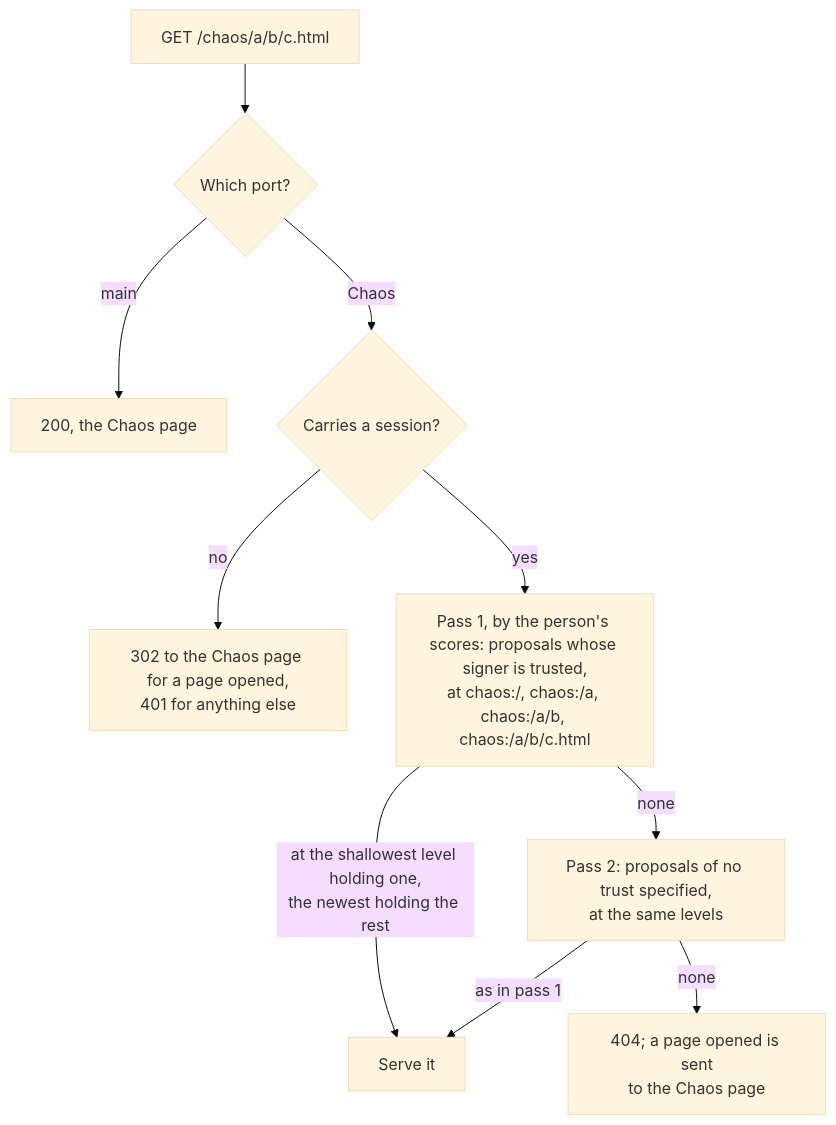
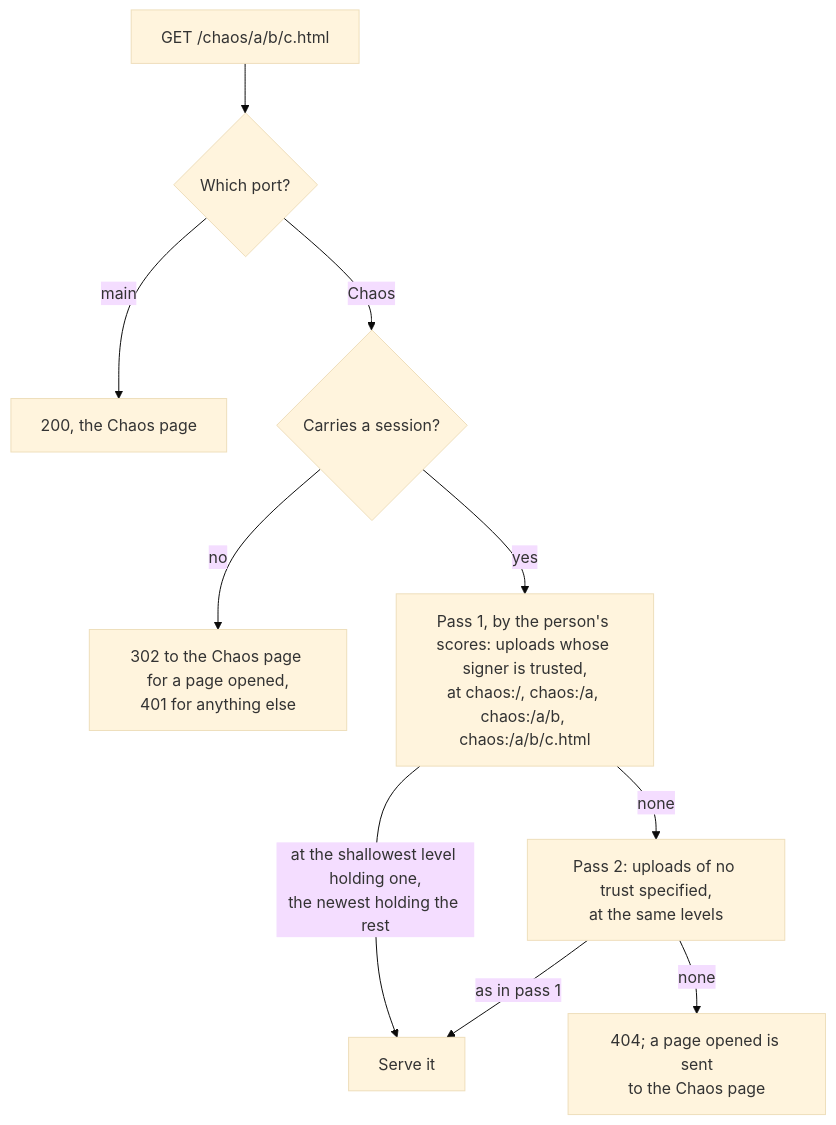
One commit to marcpage/libranet changed the diagram in docs/implementation/Phase 7.md. Above: the diagram before and after it, drawn with Mermaid (base theme). The commit also changed other lines of this file and 21 other files, not shown here.

First line of the commit message:
Rename Chaos "proposals" to "uploads" everywhere (#682) (#686)

````diff
--- a/docs/implementation/Phase 7.md
+++ b/docs/implementation/Phase 7.md
@@ -109,12 +109,12 @@
 ```mermaid
 flowchart TD
     req["GET /chaos/a/b/c.html"] --> port{"Which port?"}
     port -->|main| page["200, the Chaos page"]
     port -->|Chaos| session{"Carries a session?"}
     session -->|no| signin["302 to the Chaos page for a page opened,<br/>401 for anything else"]
-    session -->|yes| trusted["Pass 1, by the person's scores: proposals whose signer is trusted,<br/>at chaos:/, chaos:/a, chaos:/a/b, chaos:/a/b/c.html"]
+    session -->|yes| trusted["Pass 1, by the person's scores: uploads whose signer is trusted,<br/>at chaos:/, chaos:/a, chaos:/a/b, chaos:/a/b/c.html"]
     trusted -->|"at the shallowest level holding one,<br/>the newest holding the rest"| serve["Serve it"]
-    trusted -->|none| unknown["Pass 2: proposals of no trust specified,<br/>at the same levels"]
+    trusted -->|none| unknown["Pass 2: uploads of no trust specified,<br/>at the same levels"]
     unknown -->|"as in pass 1"| serve
     unknown -->|none| missing["404; a page opened is sent<br/>to the Chaos page"]
 ```
````
